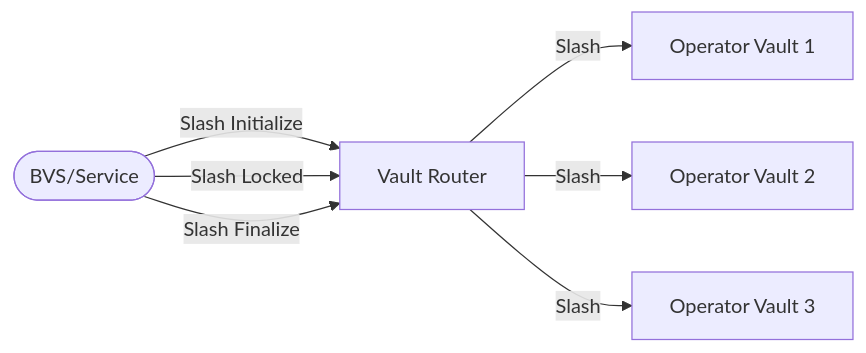
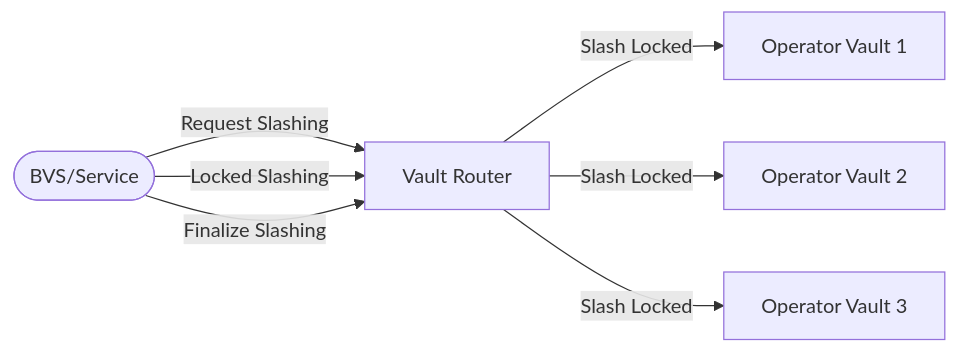
One commit to satlayer/satlayer-bvs changed the diagram in docs/app/getting-started/slashing/page.mdx. Above: the diagram before and after it, drawn with Mermaid. The commit also changed other lines of this file, not shown here.

Commit message:
chore(docs): fully document programmable slashing

````diff
--- a/docs/app/getting-started/slashing/page.mdx
+++ b/docs/app/getting-started/slashing/page.mdx
@@ -99,11 +101,11 @@
 ```mermaid
 flowchart LR
     A(["BVS/Service"])
     B["Vault Router"]
-    A --> |Slash Initialize| B
-    A --> |Slash Locked| B
-    A --> |Slash Finalize| B
-    B --> |Slash| V1["Operator Vault 1"]
-    B --> |Slash| V2["Operator Vault 2"]
-    B --> |Slash| V3["Operator Vault 3"]
+    A --> |Request Slashing| B
+    A --> |Locked Slashing| B
+    A --> |Finalize Slashing| B
+    B --> |Slash Locked| V1["Operator Vault 1"]
+    B --> |Slash Locked| V2["Operator Vault 2"]
+    B --> |Slash Locked| V3["Operator Vault 3"]
 ```
````
